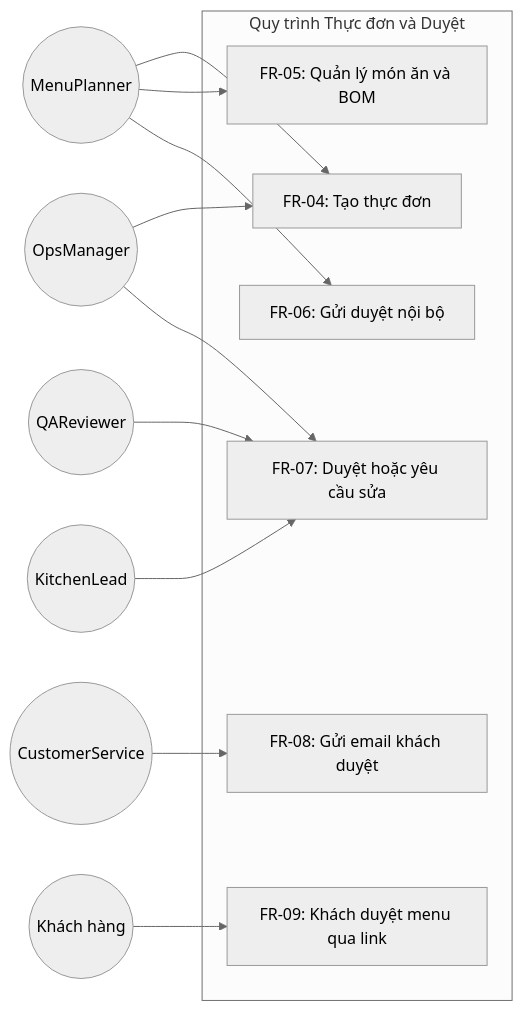
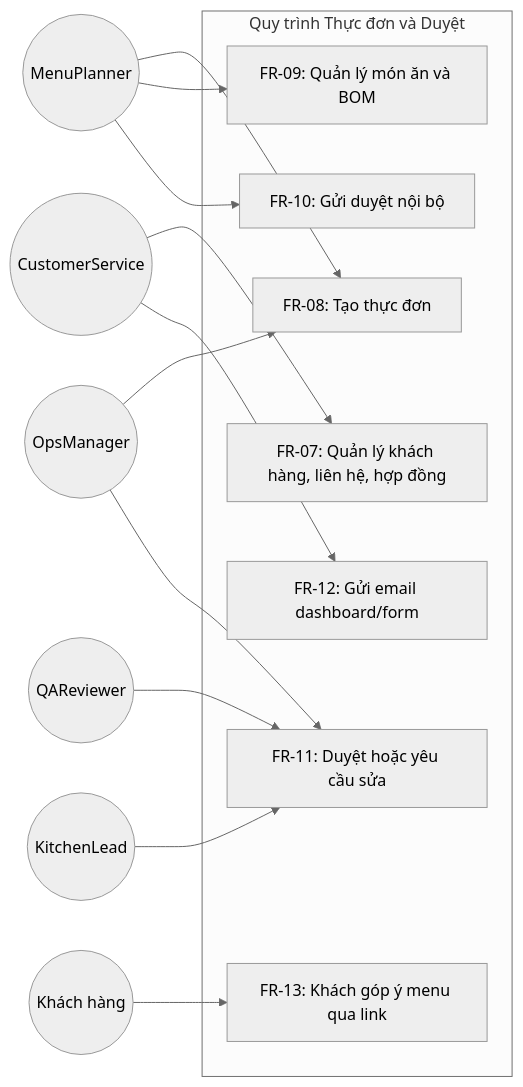
The second of 8 diagrams in docs/02-Academic-Report.md (quanptatb/OmniBizAI), drawn with Mermaid (neutral theme) before and after one commit. The commit also changed other lines of this file and 7 other files, not shown here.

````diff
--- a/docs/02-Academic-Report.md
+++ b/docs/02-Academic-Report.md
@@ -318,28 +342,30 @@
 ```mermaid
 graph LR
     MP((MenuPlanner))
     QA((QAReviewer))
     KL((KitchenLead))
     Ops((OpsManager))
     CS2((CustomerService))
     Cust(("Khách hàng"))
 
     subgraph "Quy trình Thực đơn và Duyệt"
-        UC04["FR-04: Tạo thực đơn"]
-        UC05["FR-05: Quản lý món ăn và BOM"]
-        UC06["FR-06: Gửi duyệt nội bộ"]
-        UC07["FR-07: Duyệt hoặc yêu cầu sửa"]
-        UC08["FR-08: Gửi email khách duyệt"]
-        UC09["FR-09: Khách duyệt menu qua link"]
+        UC07["FR-07: Quản lý khách hàng, liên hệ, hợp đồng"]
+        UC08["FR-08: Tạo thực đơn"]
+        UC09["FR-09: Quản lý món ăn và BOM"]
+        UC10["FR-10: Gửi duyệt nội bộ"]
+        UC11["FR-11: Duyệt hoặc yêu cầu sửa"]
+        UC12["FR-12: Gửi email dashboard/form"]
+        UC13["FR-13: Khách góp ý menu qua link"]
     end
 
-    MP --> UC04
-    MP --> UC05
-    MP --> UC06
-    Ops --> UC04
-    QA --> UC07
-    KL --> UC07
-    Ops --> UC07
-    CS2 --> UC08
-    Cust --> UC09
+    CS2 --> UC07
+    MP --> UC08
+    MP --> UC09
+    MP --> UC10
+    Ops --> UC08
+    QA --> UC11
+    KL --> UC11
+    Ops --> UC11
+    CS2 --> UC12
+    Cust --> UC13
 ```
````
